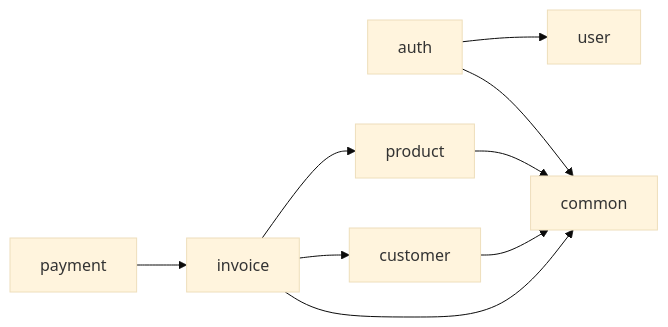
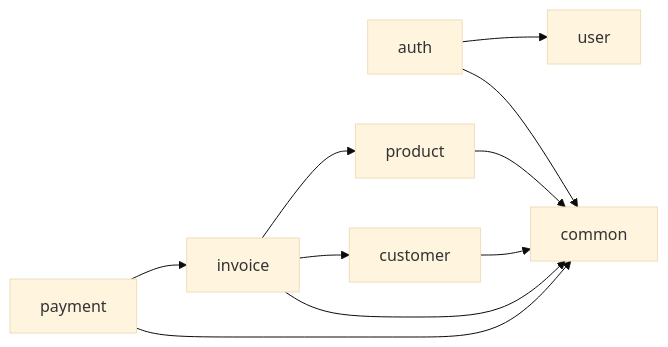
One commit to BrahimNJ/InvoiceFlow changed the first of 3 diagrams in docs/architecture.md. Above: the diagram before and after it, drawn with Mermaid (base theme).

Commit message:
docs(architecture): add the payment --> common edge to the module diagram
The payment service reports a missing payment with the shared ResourceNotFoundException since the delete commit.

Refs #44

````diff
--- a/docs/architecture.md
+++ b/docs/architecture.md
@@ -30,11 +30,12 @@
 ```mermaid
 flowchart LR
     auth --> common
     auth --> user
     customer --> common
     invoice --> common
     invoice --> customer
     invoice --> product
+    payment --> common
     payment --> invoice
     product --> common
 ```
````
